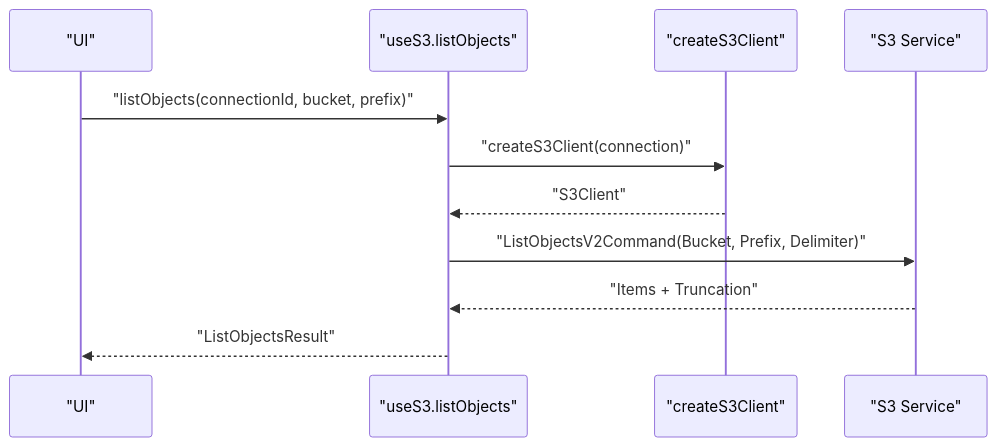
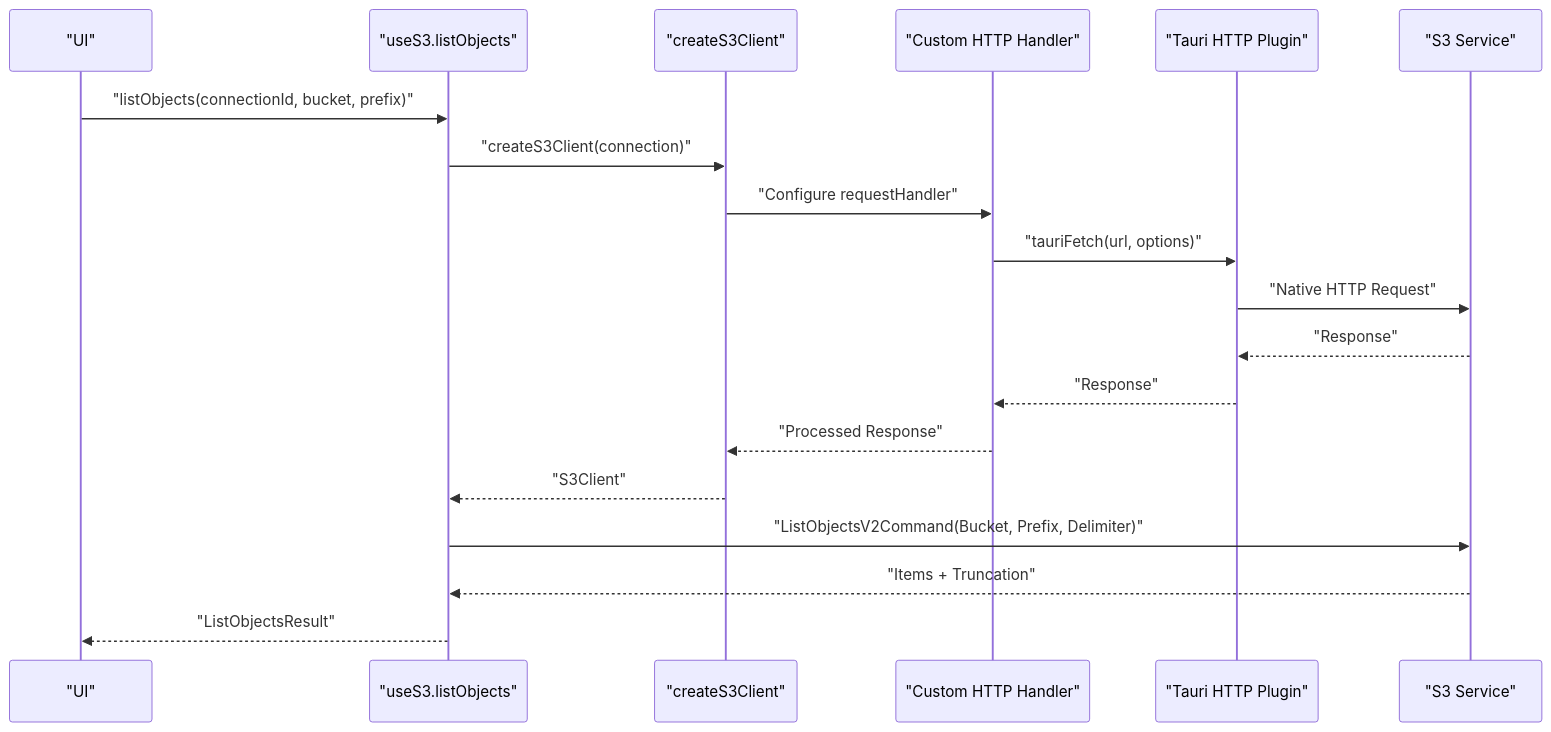
One commit to nasrulhadi/s3-explorer changed the eighth of 10 diagrams in .qoder/repowiki/en/content/Technical Implementation/S3 Integration.md. Above: the diagram before and after it, drawn with Mermaid. The commit also changed other lines of this file and 26 other files, not shown here.

````diff
--- a/.qoder/repowiki/en/content/Technical Implementation/S3 Integration.md
+++ b/.qoder/repowiki/en/content/Technical Implementation/S3 Integration.md
@@ -410,13 +539,21 @@
 ```mermaid
 sequenceDiagram
 participant UI as "UI"
 participant Hook as "useS3.listObjects"
 participant Factory as "createS3Client"
+participant Handler as "Custom HTTP Handler"
+participant Tauri as "Tauri HTTP Plugin"
 participant S3 as "S3 Service"
 UI->>Hook : "listObjects(connectionId, bucket, prefix)"
 Hook->>Factory : "createS3Client(connection)"
+Factory->>Handler : "Configure requestHandler"
+Handler->>Tauri : "tauriFetch(url, options)"
+Tauri->>S3 : "Native HTTP Request"
+S3-->>Tauri : "Response"
+Tauri-->>Handler : "Response"
+Handler-->>Factory : "Processed Response"
 Factory-->>Hook : "S3Client"
 Hook->>S3 : "ListObjectsV2Command(Bucket, Prefix, Delimiter)"
 S3-->>Hook : "Items + Truncation"
 Hook-->>UI : "ListObjectsResult"
 ```
````
